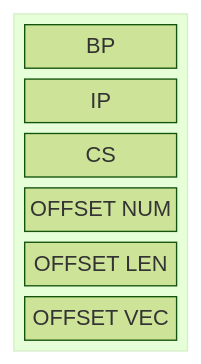
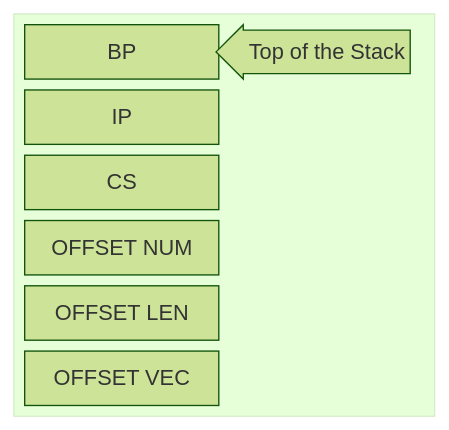
The second of 2 diagrams in Lab_09/proc-mac-write.md (tudorcoroian17/ALP), drawn with Mermaid (forest theme) before and after one commit.

Commit message:
v4.6 for tudorial

````diff
--- a/Lab_09/proc-mac-write.md
+++ b/Lab_09/proc-mac-write.md
@@ -101,7 +101,12 @@
 ```mermaid
 block-beta
     block
-        columns 1
-        BP IP CS c["OFFSET NUM"] d["OFFSET LEN"] e["OFFSET VEC"]
+        columns 2
+        BP arrow<["Top of the Stack"]>(left)
+        IP space
+        CS space
+        c["OFFSET NUM"] space
+        d["OFFSET LEN"] space
+        e["OFFSET VEC"] space
     end
 ```
````
